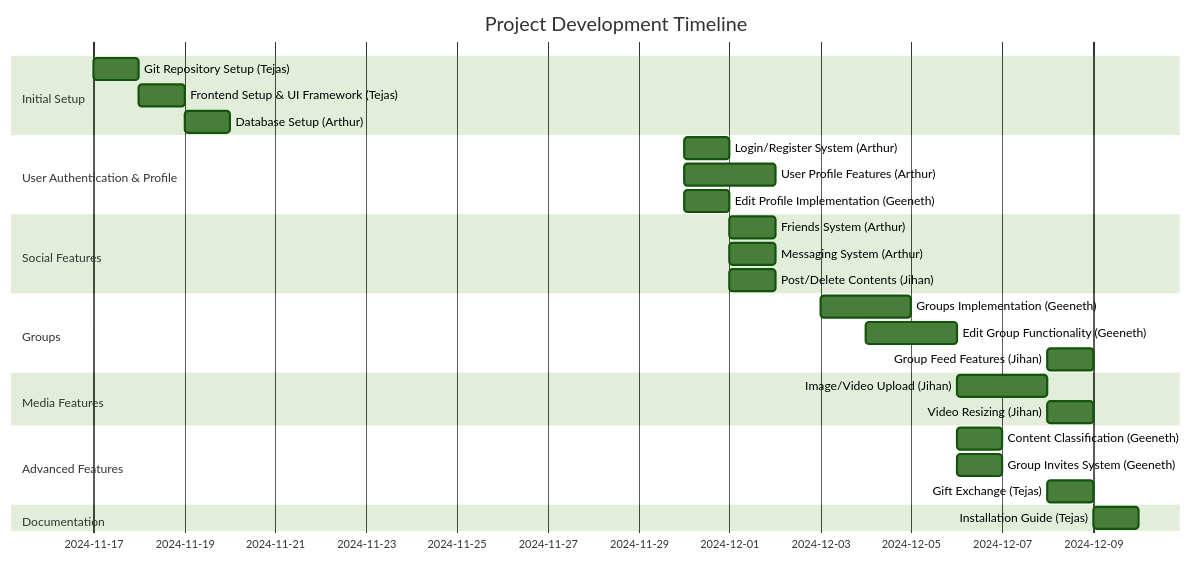
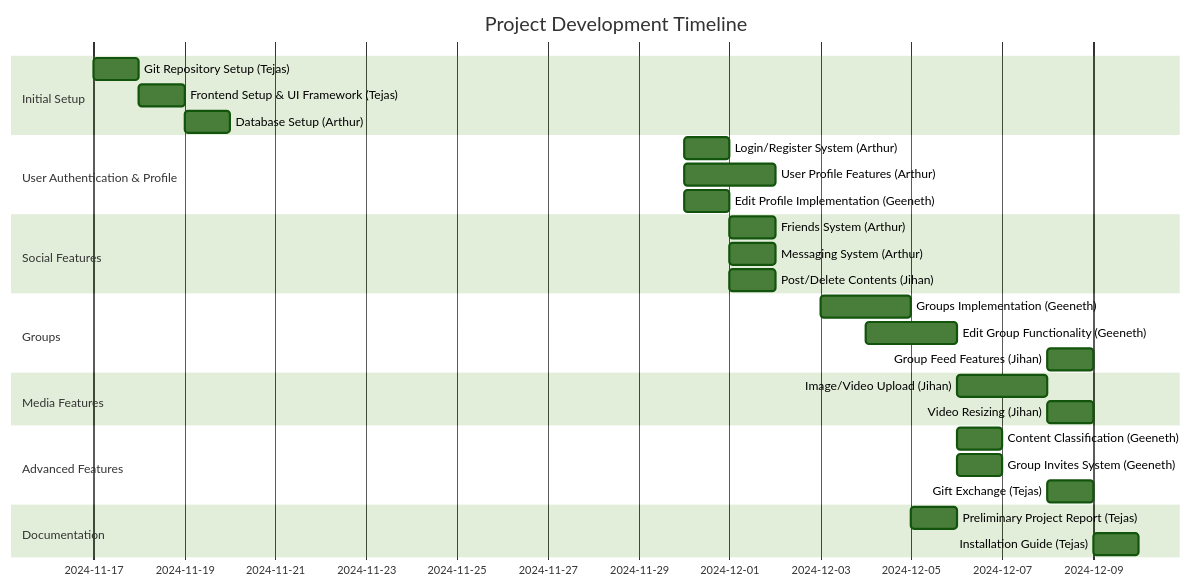
One commit to g-tejas/comp353-grp7-final-project changed the diagram in project_timeline.md. Above: the diagram before and after it, drawn with Mermaid (forest theme).

Commit message:
docs: update tejas contribu

````diff
--- a/project_timeline.md
+++ b/project_timeline.md
@@ -3,37 +3,38 @@
 ```mermaid
 gantt
     title Project Development Timeline
     dateFormat YYYY-MM-DD
     
     section Initial Setup
     Git Repository Setup (Tejas)          :2024-11-17, 1d
     Frontend Setup & UI Framework (Tejas)  :2024-11-18, 1d
     Database Setup (Arthur)                :2024-11-19, 1d
     
     section User Authentication & Profile
     Login/Register System (Arthur)         :2024-11-30, 1d
     User Profile Features (Arthur)         :2024-11-30, 2d
     Edit Profile Implementation (Geeneth)  :2024-11-30, 1d
     
     section Social Features
     Friends System (Arthur)                :2024-12-01, 1d
     Messaging System (Arthur)              :2024-12-01, 1d
     Post/Delete Contents (Jihan)          :2024-12-01, 1d
     
     section Groups
     Groups Implementation (Geeneth)        :2024-12-03, 2d
     Edit Group Functionality (Geeneth)     :2024-12-04, 2d
     Group Feed Features (Jihan)            :2024-12-08, 1d
     
     section Media Features
     Image/Video Upload (Jihan)            :2024-12-06, 2d
     Video Resizing (Jihan)                :2024-12-08, 1d
     
     section Advanced Features
     Content Classification (Geeneth)       :2024-12-06, 1d
     Group Invites System (Geeneth)        :2024-12-06, 1d
     Gift Exchange (Tejas)                 :2024-12-08, 1d
     
     section Documentation
+    Preliminary Project Report (Tejas)    :2024-12-05, 1d
     Installation Guide (Tejas)            :2024-12-09, 1d
 ```
````
